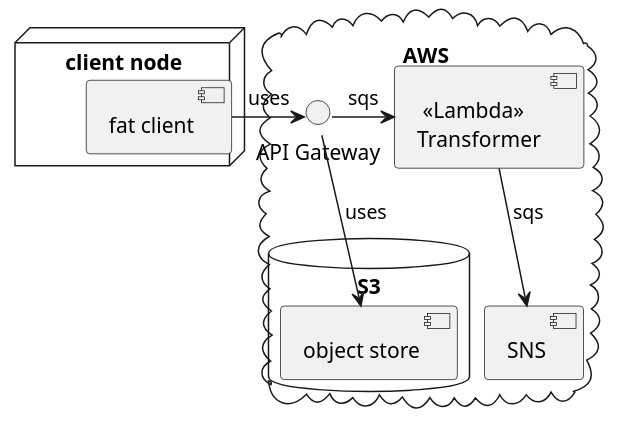
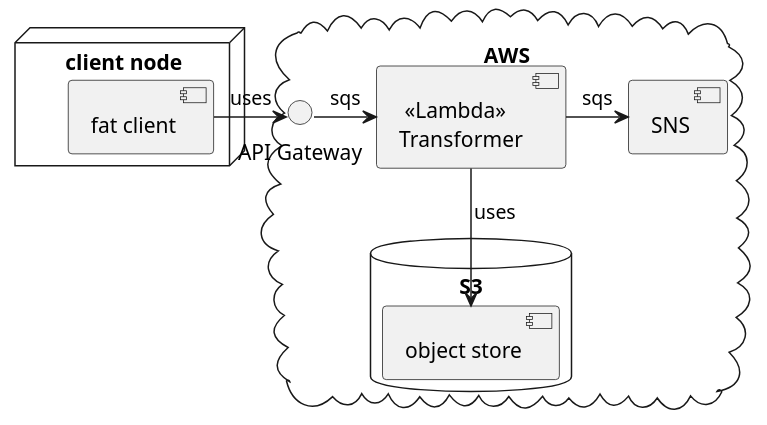
The diagram in szenario-3.comp.puml (aanno/arch-examples), drawn with PlantUML before and after one commit.

```diff
--- a/szenario-3.comp.puml
+++ b/szenario-3.comp.puml
@@ -1,23 +1,23 @@
 @startuml
 !pragma layout smetana
 !pragma horizontalLineBetweenDifferentPackageAllowed
 
 node "client node" {
     [fat client]
 }
 
 cloud "AWS" {
     () "API Gateway" as in
     [ <<Lambda>>\nTransformer ] as trans
     [SNS]
     database "S3" {
         [object store]
     }
 }
 
 [fat client] -r-> in : uses
-in -d-> [object store] : uses
+trans -d-> [object store] : uses
 in -r-> trans : sqs
-trans -d-> [SNS] : sqs
+trans -r-> [SNS] : sqs
 
 @enduml
```
